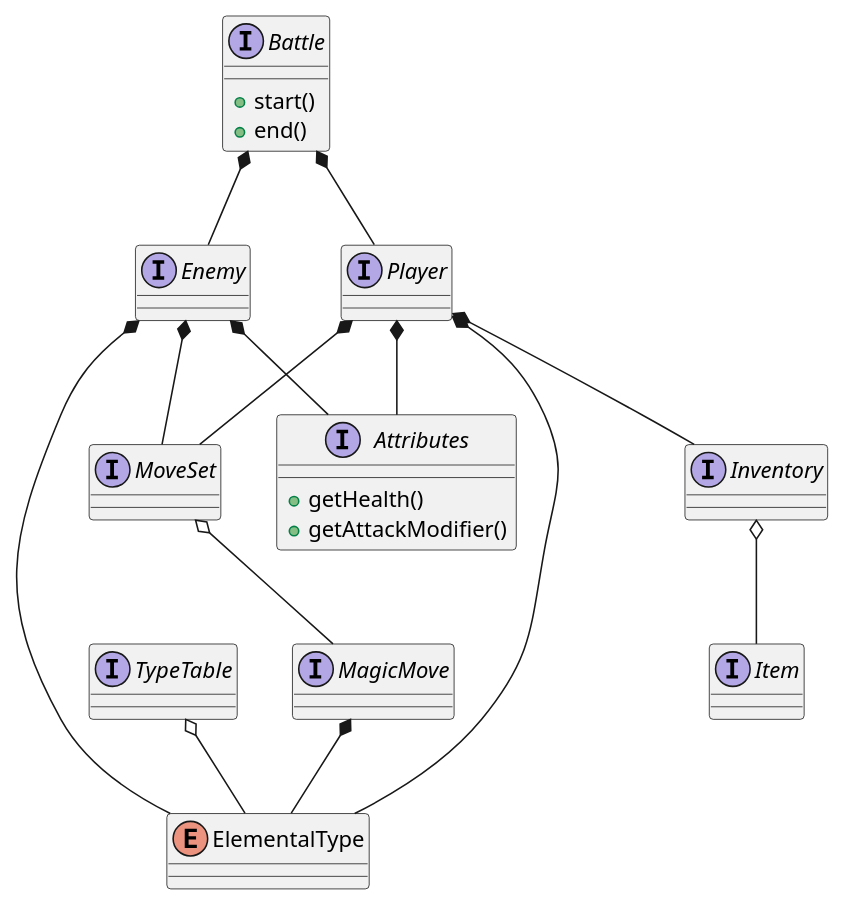
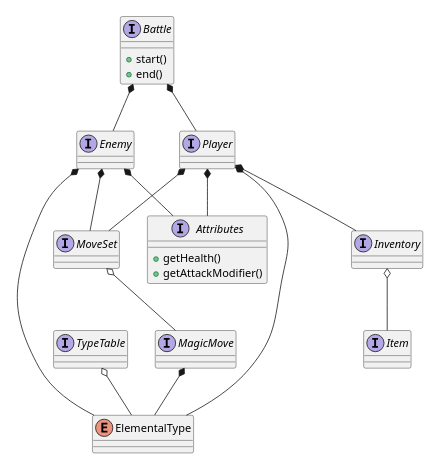
The diagram in docs/the-exiled-uml.puml (unibo-oop-projects/OOP23-Baldoni-Beylax-Casadei-MarcoMagnani03-Pazzaglia-exiled), drawn with PlantUML before and after one commit. The commit also changed 2 other files, not shown here.

Commit message:
No-images implementation of UML scheme, so that it can be easily tracked by git.

```diff
--- a/docs/the-exiled-uml.puml
+++ b/docs/the-exiled-uml.puml
@@ -1,49 +1,50 @@
 @startuml
+scale 0.5
 interface Player {
 	
 }
 interface Enemy {
 
 }
 interface Inventory {
 
 }
 interface Item {
 
 }
 interface MagicMove {
 	
 }
 interface Battle {
 	+start()
 	+end()
 }
 enum ElementalType {
 
 }
 interface TypeTable {
 	
 }
 interface MoveSet {
 
 }
 interface Attributes {
 	+getHealth()
 	+getAttackModifier()
 }
 
 Player *-- ElementalType
 Enemy *-- ElementalType
 Battle *-- Enemy
 Battle *-- Player
 TypeTable o-- ElementalType
 Inventory o-- Item
 Player *-- Inventory
 Player *-- MoveSet
 MagicMove *-- ElementalType
 Enemy *-- MoveSet
 MoveSet o-- MagicMove
 Player *-- Attributes
 Enemy *-- Attributes
 
 @enduml
```
